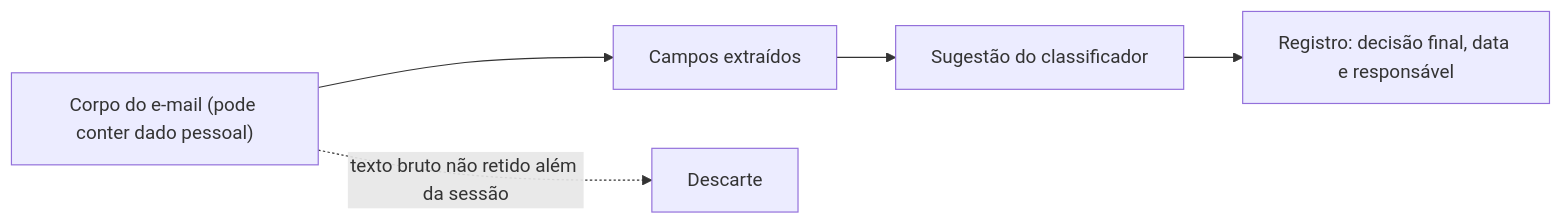
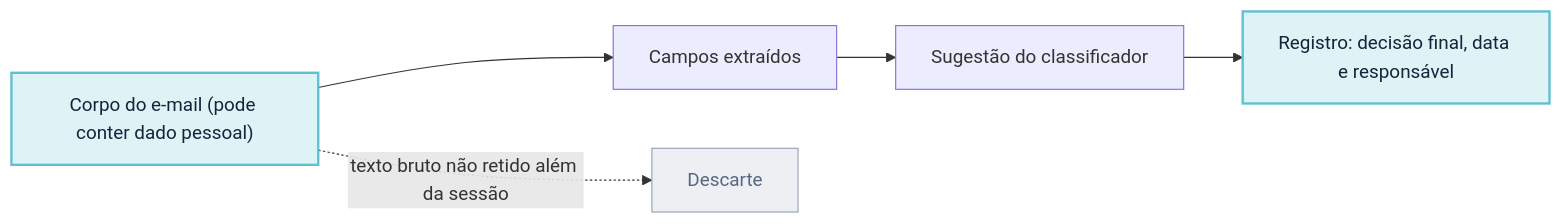
The fourth of 5 diagrams in docs/modulo-2-desenho-conceitual/conceitos.md (aulas-marco/arquitetura-solucoes-ia-generativa), drawn with Mermaid before and after one commit. The commit also changed other lines of this file and 3 other files, not shown here.

First line of the commit message:
Adiciona cores semânticas aos diagramas e explica as seções analíticas do exemplo arquitetural

````diff
--- a/docs/modulo-2-desenho-conceitual/conceitos.md
+++ b/docs/modulo-2-desenho-conceitual/conceitos.md
@@ -102,7 +110,12 @@
 ```mermaid
 flowchart LR
     EM["Corpo do e-mail (pode conter dado pessoal)"] --> EXT[Campos extraídos]
     EXT --> SUG[Sugestão do classificador]
     SUG --> REG["Registro: decisão final, data e responsável"]
     EM -.->|texto bruto não retido além da sessão| DESC[Descarte]
+
+    classDef dados fill:#DDF3F6,stroke:#5FC0D1,stroke-width:2px,color:#16243A;
+    classDef descarte fill:#EDEFF3,stroke:#9AA6B8,color:#56677F;
+    class EM,REG dados;
+    class DESC descarte;
 ```
````
